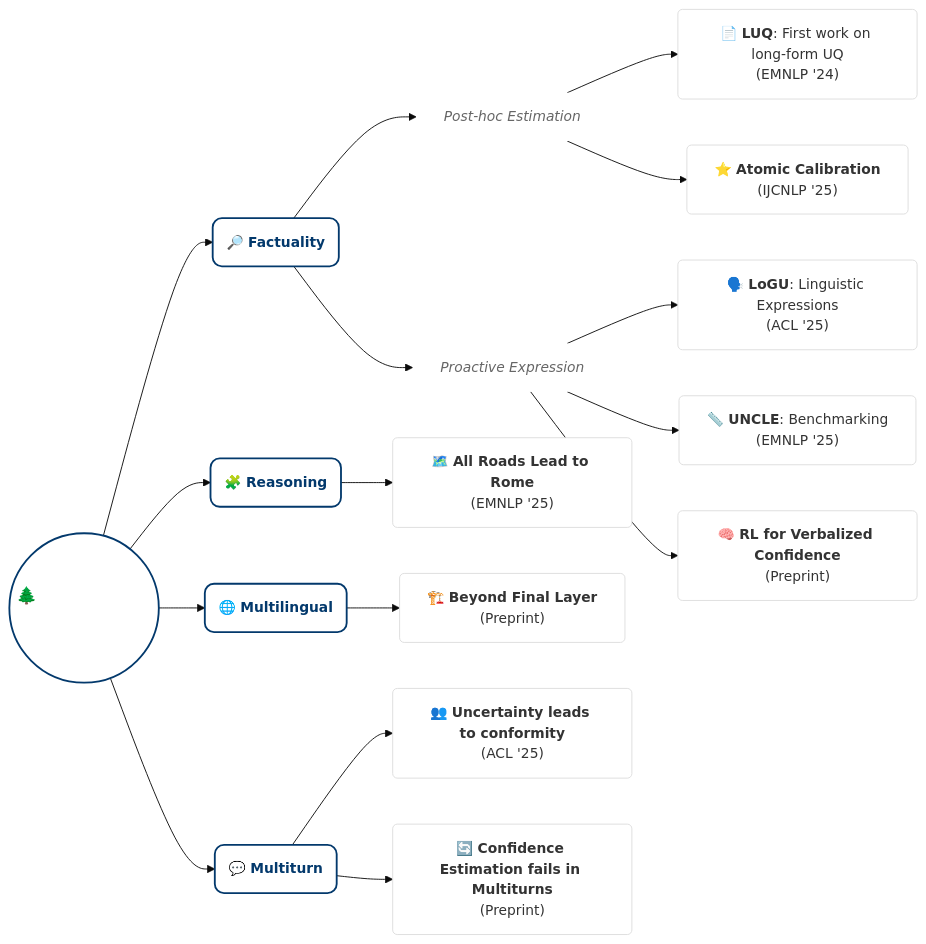
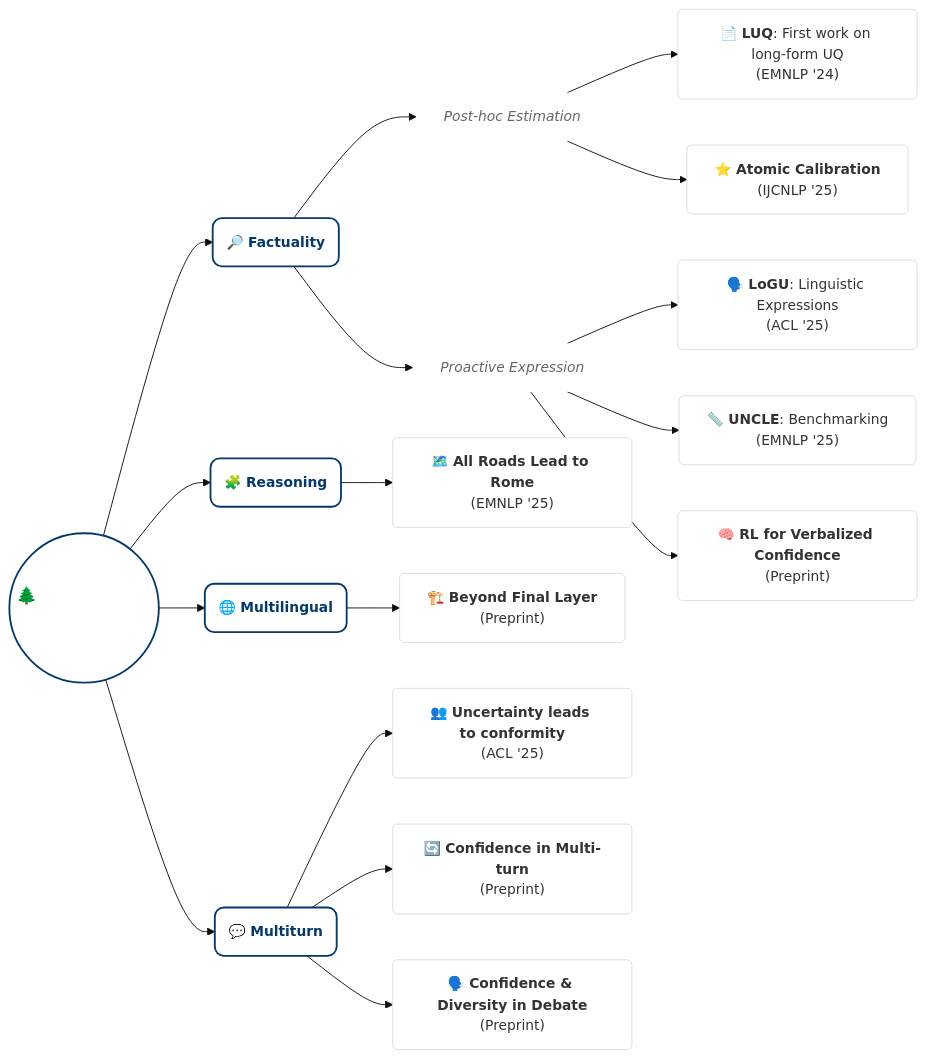
Before and after one commit to caiqizh/caiqizh.github.io: the diagram in index.md, drawn with Mermaid (base theme). The commit also changed other lines of this file, not shown here.

Commit message:
added CMAD and confidence in multiturn

```diff
--- a/index.md
+++ b/index.md
@@ -115,58 +101,61 @@
 <div class="mermaid" style="display: flex; justify-content: center;">
 graph LR
     %% --- NODES & HIERARCHY ---
     
     %% Root Node
     Root(("🌲 <b>Uncertainty<br/>in LLMs</b>"))
     
     %% --- Branch 1: Factuality ---
     Root --> Factuality("🔎 <b>Factuality</b>")
     
     %% Sub-category: Estimation
     Factuality --> L_Est["<i>Post-hoc Estimation</i>"]
     L_Est --> LUQ["📄 <b>LUQ</b>: First work on long-form UQ<br/>(EMNLP '24)"]
     L_Est --> Atomic["⭐ <b>Atomic Calibration</b><br/>(IJCNLP '25)"]
 
     %% Sub-category: Expression
     Factuality --> L_Exp["<i>Proactive Expression</i>"]
     L_Exp --> LoGU["🗣️ <b>LoGU</b>: Linguistic Expressions<br/>(ACL '25)"]
     L_Exp --> UNCLE["📏 <b>UNCLE</b>: Benchmarking<br/>(EMNLP '25)"]
     L_Exp --> RL["🧠 <b>RL for Verbalized Confidence</b><br/>(Preprint)"]
 
     %% --- Branch 2: Reasoning ---
     Root --> Reasoning("🧩 <b>Reasoning</b>")
     Reasoning --> Rome["🗺️ <b>All Roads Lead to Rome</b><br/>(EMNLP '25)"]
 
     %% --- Branch 3: Multilingual ---
     Root --> Multilingual("🌐 <b>Multilingual</b>")
     Multilingual --> Beyond["🏗️ <b>Beyond Final Layer</b><br/>(Preprint)"]
 
     %% --- Branch 4: Multiturn ---
     Root --> Multiturn("💬 <b>Multiturn</b>")
     Multiturn --> Conformity["👥 <b>Uncertainty leads to conformity</b><br/>(ACL '25)"]
-    Multiturn --> ConfMulti["🔄 <b>Confidence Estimation fails in Multiturns</b><br/>(Preprint)"]
+    Multiturn --> ConfMulti["🔄 <b>Confidence in Multi-turn</b><br/>(Preprint)"]
+    Multiturn --> MAD["🗣️ <b>Confidence & Diversity in Debate</b><br/>(Preprint)"]
 
 
     %% --- LINKS ---
     click LUQ "https://aclanthology.org/2024.emnlp-main.299/" "View Paper"
     click Atomic "https://arxiv.org/abs/2410.13246" "View Paper"
     click LoGU "https://arxiv.org/abs/2410.14309" "View Paper"
     click UNCLE "https://arxiv.org/abs/2505.16922" "View Paper"
     click RL "https://arxiv.org/abs/2505.23912" "View Paper"
     click Beyond "https://www.arxiv.org/abs/2510.03136" "View Paper"
     click Rome "https://arxiv.org/abs/2509.12908" "View Paper"
     click Conformity "https://arxiv.org/abs/2410.12428" "View Paper"
+    click ConfMulti "https://arxiv.org/abs/2601.02179" "View Paper"
+    click MAD "https://arxiv.org/abs/2601.19921" "View Paper"
 
     %% --- STYLING ---
     classDef main fill:#ffffff,stroke:#03396c,stroke-width:2px,color:white,font-size:18px;
     classDef domain fill:#ffffff,stroke:#03396c,stroke-width:2px,rx:10,ry:10,color:#03396c;
     classDef label fill:#fff,stroke:none,color:#666,font-size:15px; 
     classDef paper fill:#fff,stroke:#ddd,stroke-width:1px,rx:5,ry:5,color:#333;
 
     %% Apply Classes
     class Root main;
     class Factuality,Reasoning,Multilingual,Multiturn domain;
     class L_Est,L_Exp label;
-    class LUQ,LoGU,UNCLE,RL,Rome,Beyond,ConfMulti,Atomic,Conformity paper;
+    class LUQ,LoGU,UNCLE,RL,Rome,Beyond,ConfMulti,Atomic,Conformity,MAD paper;
 
 </div>
```
